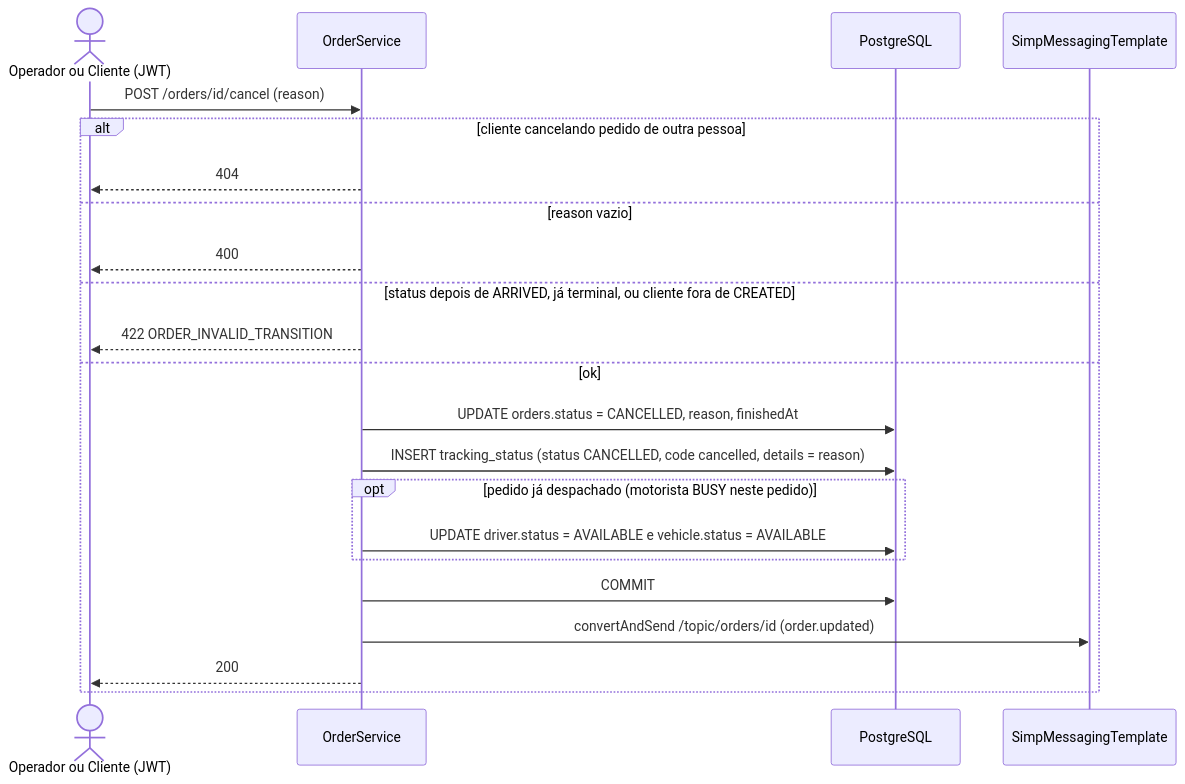
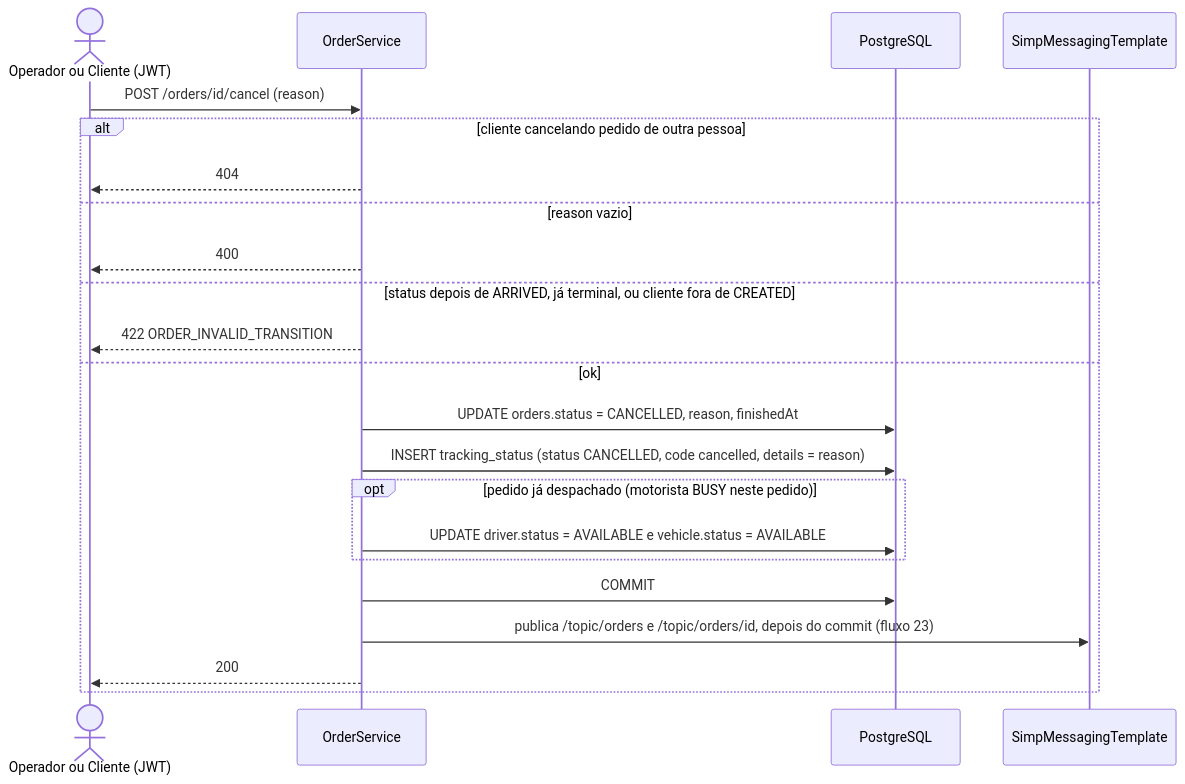
One commit to Edryck/kj-fleets changed the sixth of 8 diagrams in docs/flows/flow-pedidos.md. Above: the diagram before and after it, drawn with Mermaid. The commit also changed other lines of this file and 8 other files, not shown here.

````diff
--- a/docs/flows/flow-pedidos.md
+++ b/docs/flows/flow-pedidos.md
@@ -151,25 +151,25 @@
 ```mermaid
 sequenceDiagram
     actor A as Operador ou Cliente (JWT)
     participant S as OrderService
     participant DB as PostgreSQL
     participant WS as SimpMessagingTemplate
 
     A->>S: POST /orders/id/cancel (reason)
     alt cliente cancelando pedido de outra pessoa
         S-->>A: 404
     else reason vazio
         S-->>A: 400
     else status depois de ARRIVED, já terminal, ou cliente fora de CREATED
         S-->>A: 422 ORDER_INVALID_TRANSITION
     else ok
         S->>DB: UPDATE orders.status = CANCELLED, reason, finishedAt
         S->>DB: INSERT tracking_status (status CANCELLED, code cancelled, details = reason)
         opt pedido já despachado (motorista BUSY neste pedido)
             S->>DB: UPDATE driver.status = AVAILABLE e vehicle.status = AVAILABLE
         end
         S->>DB: COMMIT
-        S->>WS: convertAndSend /topic/orders/id (order.updated)
+        S->>WS: publica /topic/orders e /topic/orders/id, depois do commit (fluxo 23)
         S-->>A: 200
     end
 ```
````
